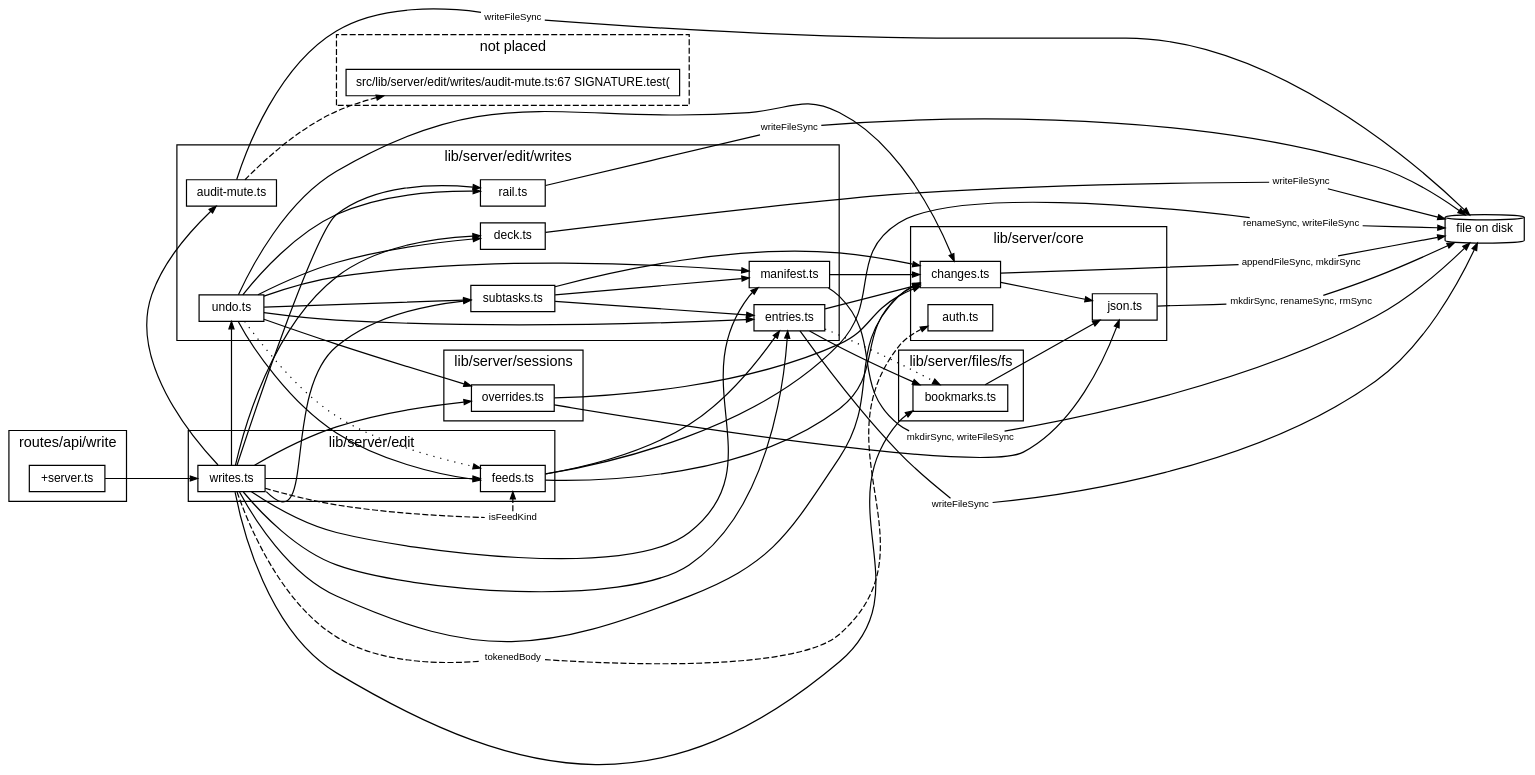
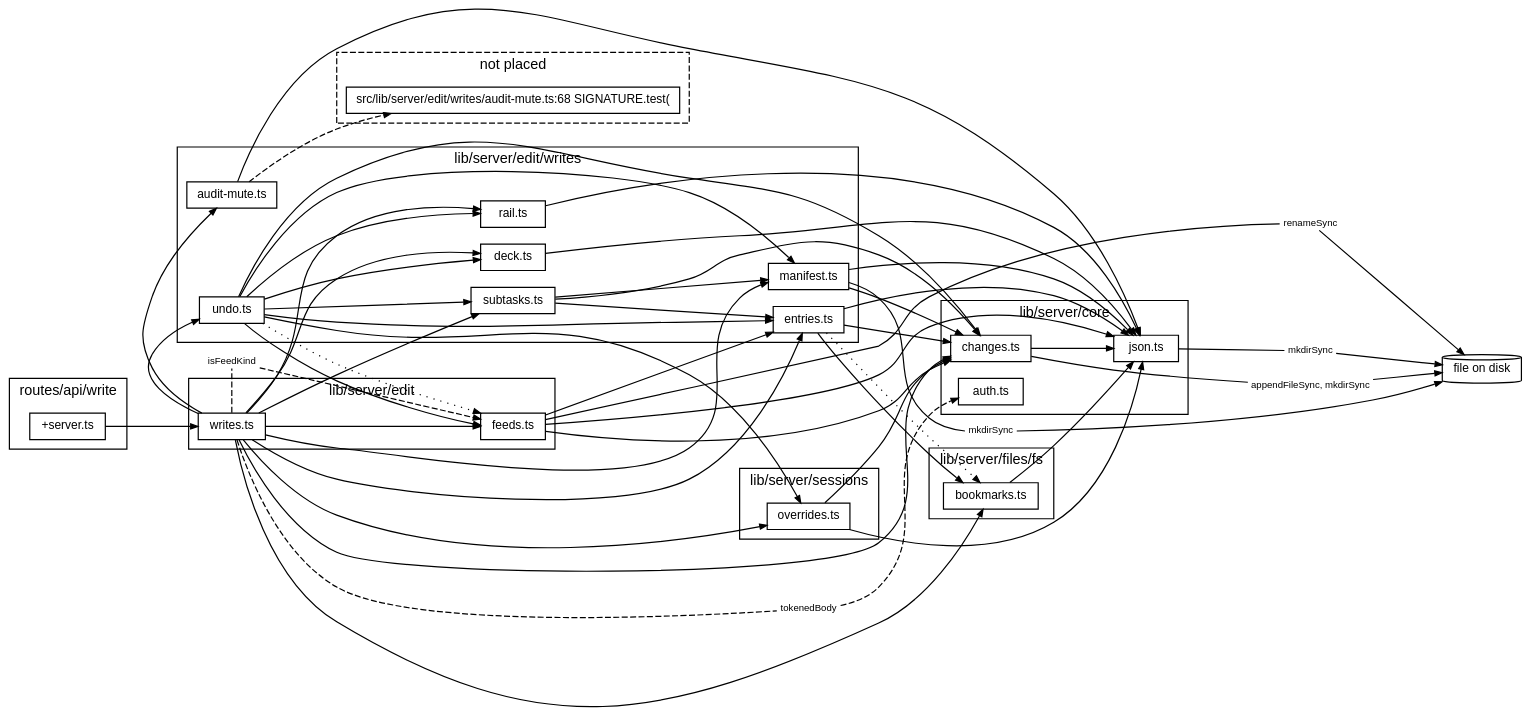
The diagram in docs/diagrams/writes.dot (TheAxeC/oculus), drawn with Graphviz before and after one commit. The commit also changed 88 other files, not shown here.

```diff
--- a/docs/diagrams/writes.dot
+++ b/docs/diagrams/writes.dot
@@ -1,116 +1,110 @@
 digraph writes {
     graph [bgcolor="transparent", rankdir=LR, fontname="Helvetica,Arial,sans-serif", fontsize=12, nodesep=0.2, ranksep=0.8];
     node [shape=box, color="black", fontcolor="black", fontname="Helvetica,Arial,sans-serif", fontsize=10, height=0.3, margin="0.12,0.04"];
     edge [color="black", fontcolor="black", fontname="Helvetica,Arial,sans-serif", fontsize=8, arrowsize=0.6];
     subgraph "cluster_lib/server/core" {
         label="lib/server/core"; style=solid;
         "lib/server/core/auth.ts" [label="auth.ts"];
         "lib/server/core/changes.ts" [label="changes.ts"];
         "lib/server/core/json.ts" [label="json.ts"];
     }
     subgraph "cluster_lib/server/edit" {
         label="lib/server/edit"; style=solid;
         "lib/server/edit/feeds.ts" [label="feeds.ts"];
         "lib/server/edit/writes.ts" [label="writes.ts"];
     }
     subgraph "cluster_lib/server/edit/writes" {
         label="lib/server/edit/writes"; style=solid;
         "lib/server/edit/writes/audit-mute.ts" [label="audit-mute.ts"];
         "lib/server/edit/writes/deck.ts" [label="deck.ts"];
         "lib/server/edit/writes/entries.ts" [label="entries.ts"];
         "lib/server/edit/writes/manifest.ts" [label="manifest.ts"];
         "lib/server/edit/writes/rail.ts" [label="rail.ts"];
         "lib/server/edit/writes/subtasks.ts" [label="subtasks.ts"];
         "lib/server/edit/writes/undo.ts" [label="undo.ts"];
     }
     subgraph "cluster_lib/server/files/fs" {
         label="lib/server/files/fs"; style=solid;
         "lib/server/files/fs/bookmarks.ts" [label="bookmarks.ts"];
     }
     subgraph "cluster_lib/server/sessions" {
         label="lib/server/sessions"; style=solid;
         "lib/server/sessions/overrides.ts" [label="overrides.ts"];
     }
     subgraph "cluster_routes/api/write" {
         label="routes/api/write"; style=solid;
         "routes/api/write/+server.ts" [label="+server.ts"];
     }
     subgraph "cluster_lost" {
         label="not placed"; style=dashed;
-        "? src/lib/server/edit/writes/audit-mute.ts:67" [label="src/lib/server/edit/writes/audit-mute.ts:67 SIGNATURE.test("];
+        "? src/lib/server/edit/writes/audit-mute.ts:68" [label="src/lib/server/edit/writes/audit-mute.ts:68 SIGNATURE.test("];
     }
     "file on disk" [shape=cylinder];
     "lib/server/core/changes.ts to file on disk (calls)" [label="appendFileSync, mkdirSync", shape=box, color="transparent", fontsize=8, width=0, height=0, margin="0.04,0.02"];
     "lib/server/core/changes.ts" -> "lib/server/core/changes.ts to file on disk (calls)" [arrowhead=none];
     "lib/server/core/changes.ts to file on disk (calls)" -> "file on disk" [];
     "lib/server/core/changes.ts" -> "lib/server/core/json.ts" [tooltip="chained, writeTextAtomic"];
-    "lib/server/core/json.ts to file on disk (calls)" [label="mkdirSync, renameSync, rmSync", shape=box, color="transparent", fontsize=8, width=0, height=0, margin="0.04,0.02"];
+    "lib/server/core/json.ts to file on disk (calls)" [label="mkdirSync", shape=box, color="transparent", fontsize=8, width=0, height=0, margin="0.04,0.02"];
     "lib/server/core/json.ts" -> "lib/server/core/json.ts to file on disk (calls)" [arrowhead=none];
     "lib/server/core/json.ts to file on disk (calls)" -> "file on disk" [];
-    "lib/server/edit/feeds.ts to file on disk (calls)" [label="renameSync, writeFileSync", shape=box, color="transparent", fontsize=8, width=0, height=0, margin="0.04,0.02"];
+    "lib/server/edit/feeds.ts to file on disk (calls)" [label="renameSync", shape=box, color="transparent", fontsize=8, width=0, height=0, margin="0.04,0.02"];
     "lib/server/edit/feeds.ts" -> "lib/server/edit/feeds.ts to file on disk (calls)" [arrowhead=none];
     "lib/server/edit/feeds.ts to file on disk (calls)" -> "file on disk" [];
     "lib/server/edit/feeds.ts" -> "lib/server/core/changes.ts" [tooltip="plain"];
+    "lib/server/edit/feeds.ts" -> "lib/server/core/json.ts" [tooltip="writeTextAtomic"];
     "lib/server/edit/feeds.ts" -> "lib/server/edit/writes/entries.ts" [tooltip="saved"];
     "lib/server/edit/writes.ts to lib/server/core/auth.ts (refuses)" [label="tokenedBody", shape=box, color="transparent", fontsize=8, width=0, height=0, margin="0.04,0.02"];
     "lib/server/edit/writes.ts" -> "lib/server/edit/writes.ts to lib/server/core/auth.ts (refuses)" [arrowhead=none, style=dashed];
     "lib/server/edit/writes.ts to lib/server/core/auth.ts (refuses)" -> "lib/server/core/auth.ts" [style=dashed];
     "lib/server/edit/writes.ts" -> "lib/server/core/changes.ts" [tooltip="changeAt, defaultChangesPath, logChanges
 pathOf"];
     "lib/server/edit/writes.ts" -> "lib/server/edit/feeds.ts" [tooltip="addLead, addLinkedinIdea, deleteFeedEntry
 markLinkedinPosted, writeFeedField"];
     "lib/server/edit/writes.ts to lib/server/edit/feeds.ts (refuses)" [label="isFeedKind", shape=box, color="transparent", fontsize=8, width=0, height=0, margin="0.04,0.02"];
     "lib/server/edit/writes.ts" -> "lib/server/edit/writes.ts to lib/server/edit/feeds.ts (refuses)" [arrowhead=none, style=dashed];
     "lib/server/edit/writes.ts to lib/server/edit/feeds.ts (refuses)" -> "lib/server/edit/feeds.ts" [style=dashed];
     "lib/server/edit/writes.ts" -> "lib/server/edit/writes/audit-mute.ts" [tooltip="writeMute"];
     "lib/server/edit/writes.ts" -> "lib/server/edit/writes/deck.ts" [tooltip="writeDeck"];
     "lib/server/edit/writes.ts" -> "lib/server/edit/writes/entries.ts" [tooltip="createEntry, removeEntry, reorderCollection
 writeEntry"];
     "lib/server/edit/writes.ts" -> "lib/server/edit/writes/manifest.ts" [tooltip="createIdea, writeManifest"];
     "lib/server/edit/writes.ts" -> "lib/server/edit/writes/rail.ts" [tooltip="writeRail"];
-    "lib/server/edit/writes.ts" -> "lib/server/edit/writes/subtasks.ts" [tailport=se, tooltip="careerRules, writeHost, writeSubtask
+    "lib/server/edit/writes.ts" -> "lib/server/edit/writes/subtasks.ts" [tooltip="careerRules, writeHost, writeSubtask
 writeSubtaskAdd"];
     "lib/server/edit/writes.ts" -> "lib/server/edit/writes/undo.ts" [tooltip="undoChange"];
     "lib/server/edit/writes.ts" -> "lib/server/files/fs/bookmarks.ts" [tooltip="defaultBookmarksPath"];
     "lib/server/edit/writes.ts" -> "lib/server/sessions/overrides.ts" [tooltip="setFlag, setOverride"];
-    "lib/server/edit/writes/audit-mute.ts" -> "? src/lib/server/edit/writes/audit-mute.ts:67" [style=dashed];
-    "lib/server/edit/writes/audit-mute.ts to file on disk (calls)" [label="writeFileSync", shape=box, color="transparent", fontsize=8, width=0, height=0, margin="0.04,0.02"];
-    "lib/server/edit/writes/audit-mute.ts" -> "lib/server/edit/writes/audit-mute.ts to file on disk (calls)" [arrowhead=none];
-    "lib/server/edit/writes/audit-mute.ts to file on disk (calls)" -> "file on disk" [];
-    "lib/server/edit/writes/deck.ts to file on disk (calls)" [label="writeFileSync", shape=box, color="transparent", fontsize=8, width=0, height=0, margin="0.04,0.02"];
-    "lib/server/edit/writes/deck.ts" -> "lib/server/edit/writes/deck.ts to file on disk (calls)" [arrowhead=none];
-    "lib/server/edit/writes/deck.ts to file on disk (calls)" -> "file on disk" [];
-    "lib/server/edit/writes/entries.ts to file on disk (calls)" [label="writeFileSync", shape=box, color="transparent", fontsize=8, width=0, height=0, margin="0.04,0.02"];
-    "lib/server/edit/writes/entries.ts" -> "lib/server/edit/writes/entries.ts to file on disk (calls)" [arrowhead=none];
-    "lib/server/edit/writes/entries.ts to file on disk (calls)" -> "file on disk" [];
+    "lib/server/edit/writes/audit-mute.ts" -> "? src/lib/server/edit/writes/audit-mute.ts:68" [style=dashed];
+    "lib/server/edit/writes/audit-mute.ts" -> "lib/server/core/json.ts" [tooltip="writeTextAtomic"];
+    "lib/server/edit/writes/deck.ts" -> "lib/server/core/json.ts" [tooltip="writeTextAtomic"];
     "lib/server/edit/writes/entries.ts" -> "lib/server/core/changes.ts" [tooltip="plain"];
+    "lib/server/edit/writes/entries.ts" -> "lib/server/core/json.ts" [tooltip="writeTextAtomic"];
     "lib/server/edit/writes/entries.ts" -> "lib/server/files/fs/bookmarks.ts" [tooltip="ensureBookmarksFile"];
     "lib/server/edit/writes/entries.ts" -> "lib/server/files/fs/bookmarks.ts" [tooltip="BOOKMARKS", style=dotted];
-    "lib/server/edit/writes/manifest.ts to file on disk (calls)" [label="mkdirSync, writeFileSync", shape=box, color="transparent", fontsize=8, width=0, height=0, margin="0.04,0.02"];
+    "lib/server/edit/writes/manifest.ts to file on disk (calls)" [label="mkdirSync", shape=box, color="transparent", fontsize=8, width=0, height=0, margin="0.04,0.02"];
     "lib/server/edit/writes/manifest.ts" -> "lib/server/edit/writes/manifest.ts to file on disk (calls)" [arrowhead=none];
     "lib/server/edit/writes/manifest.ts to file on disk (calls)" -> "file on disk" [];
     "lib/server/edit/writes/manifest.ts" -> "lib/server/core/changes.ts" [tooltip="plain"];
-    "lib/server/edit/writes/rail.ts to file on disk (calls)" [label="writeFileSync", shape=box, color="transparent", fontsize=8, width=0, height=0, margin="0.04,0.02"];
-    "lib/server/edit/writes/rail.ts" -> "lib/server/edit/writes/rail.ts to file on disk (calls)" [arrowhead=none];
-    "lib/server/edit/writes/rail.ts to file on disk (calls)" -> "file on disk" [];
+    "lib/server/edit/writes/manifest.ts" -> "lib/server/core/json.ts" [tooltip="writeTextAtomic"];
+    "lib/server/edit/writes/rail.ts" -> "lib/server/core/json.ts" [tooltip="writeTextAtomic"];
     "lib/server/edit/writes/subtasks.ts" -> "lib/server/core/changes.ts" [tooltip="plain"];
     "lib/server/edit/writes/subtasks.ts" -> "lib/server/edit/writes/entries.ts" [tooltip="identityOf, readCollection, saved"];
     "lib/server/edit/writes/subtasks.ts" -> "lib/server/edit/writes/manifest.ts" [tooltip="insideHub"];
     "lib/server/edit/writes/undo.ts" -> "lib/server/core/changes.ts" [tooltip="same"];
     "lib/server/edit/writes/undo.ts" -> "lib/server/edit/feeds.ts" [tooltip="deleteFeedEntry, isFeedKind, readFeedFile
 restoreFeedEntry, writeFeedField"];
     "lib/server/edit/writes/undo.ts" -> "lib/server/edit/feeds.ts" [tooltip="FEED_RULES", style=dotted];
     "lib/server/edit/writes/undo.ts" -> "lib/server/edit/writes/deck.ts" [tooltip="deckNow, writeDeck"];
     "lib/server/edit/writes/undo.ts" -> "lib/server/edit/writes/entries.ts" [tooltip="createEntry, entryOf, idOfIdentity
 identityOrder, readCollection, removeEntry
 reorderCollection, writeEntry"];
     "lib/server/edit/writes/undo.ts" -> "lib/server/edit/writes/manifest.ts" [tooltip="manifestValue, writeManifest"];
     "lib/server/edit/writes/undo.ts" -> "lib/server/edit/writes/rail.ts" [tooltip="railNow, writeRail"];
     "lib/server/edit/writes/undo.ts" -> "lib/server/edit/writes/subtasks.ts" [tooltip="hostStatus, restoreSubtask, subtaskValue
 writeHost, writeSubtask, writeSubtaskAdd"];
     "lib/server/edit/writes/undo.ts" -> "lib/server/sessions/overrides.ts" [tooltip="overrides, setFlag, setOverride"];
     "lib/server/files/fs/bookmarks.ts" -> "lib/server/core/json.ts" [tooltip="writeTextAtomic"];
     "lib/server/sessions/overrides.ts" -> "lib/server/core/changes.ts" [tooltip="plain"];
     "lib/server/sessions/overrides.ts" -> "lib/server/core/json.ts" [tooltip="readJson, writeJsonAtomic"];
     "routes/api/write/+server.ts" -> "lib/server/edit/writes.ts" [tooltip="handleWrite, target"];
 }
```
